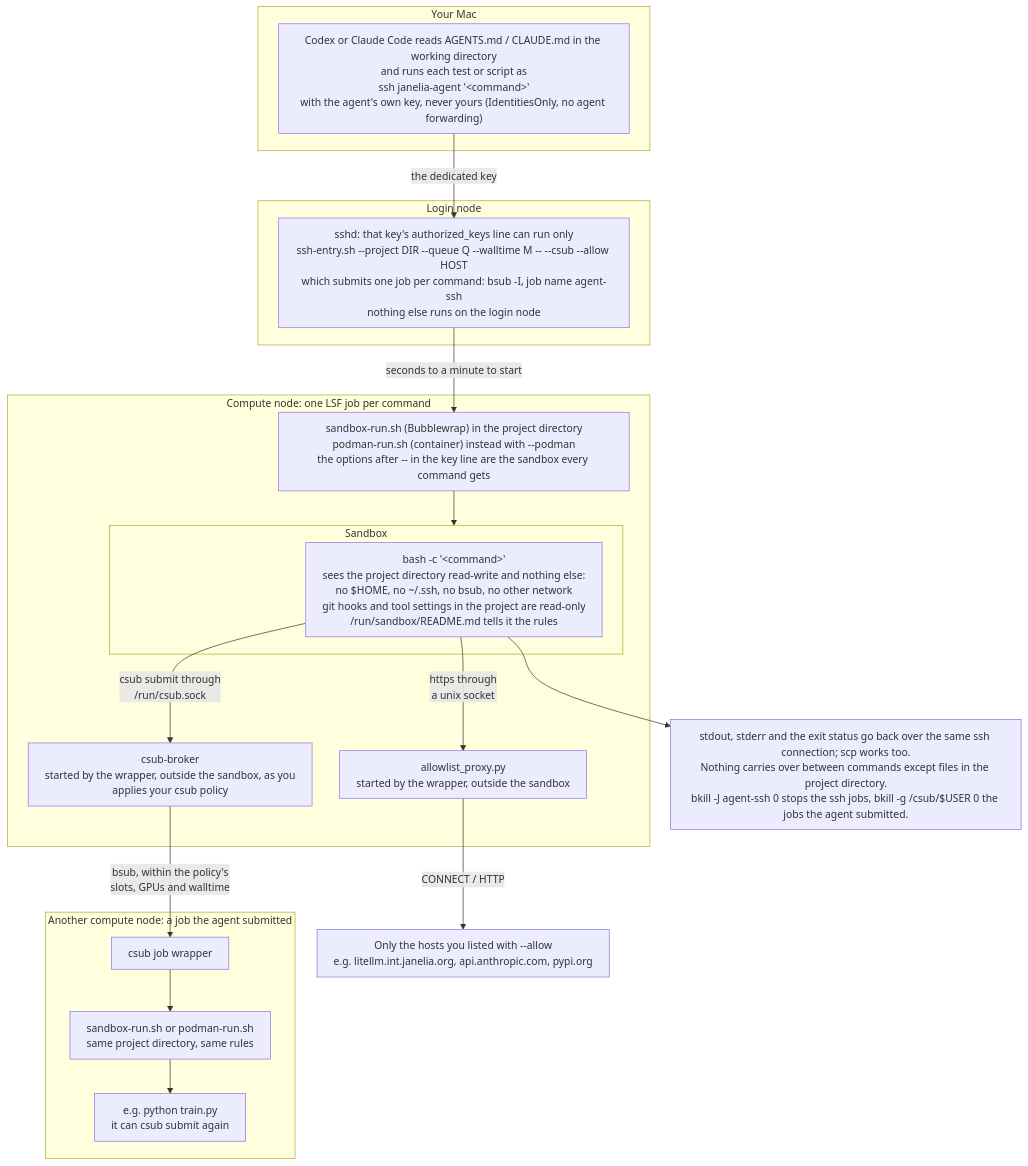
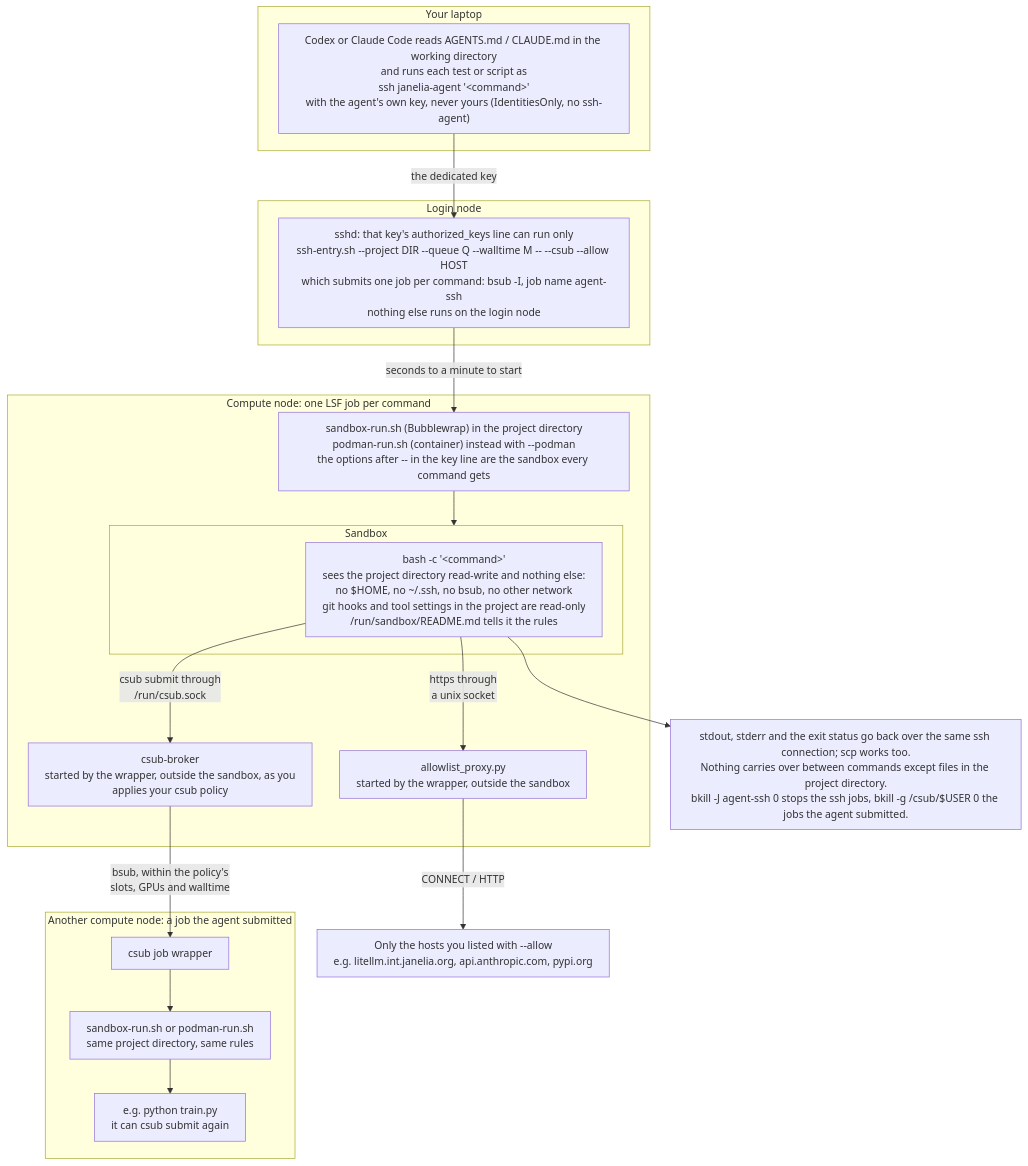
One commit to JaneliaScientificComputingSystems/agentic-sandbox changed the second of 2 diagrams in README.md. Above: the diagram before and after it, drawn with Mermaid. The commit also changed other lines of this file and 11 other files, not shown here.

````diff
--- a/README.md
+++ b/README.md
@@ -329,40 +328,40 @@
 ```mermaid
 %%{init: {"flowchart": {"wrappingWidth": 460, "htmlLabels": true, "padding": 12, "nodeSpacing": 40, "rankSpacing": 50}, "themeVariables": {"fontSize": "15px"}}}%%
 flowchart TB
-    subgraph mac["Your Mac"]
-        harness["Codex or Claude Code reads AGENTS.md / CLAUDE.md in the working directory<br/>and runs each test or script as<br/>ssh janelia-agent '&lt;command&gt;'<br/>with the agent's own key, never yours (IdentitiesOnly, no agent forwarding)"]
+    subgraph mac["Your laptop"]
+        harness["Codex or Claude Code reads AGENTS.md / CLAUDE.md in the working directory<br/>and runs each test or script as<br/>ssh janelia-agent '&lt;command&gt;'<br/>with the agent's own key, never yours (IdentitiesOnly, no ssh-agent)"]
     end
 
     subgraph login["Login node"]
         sshd["sshd: that key's authorized_keys line can run only<br/>ssh-entry.sh --project DIR --queue Q --walltime M -- --csub --allow HOST<br/>which submits one job per command: bsub -I, job name agent-ssh<br/>nothing else runs on the login node"]
     end
 
     subgraph node["Compute node: one LSF job per command"]
         wrapper["sandbox-run.sh (Bubblewrap) in the project directory<br/>podman-run.sh (container) instead with --podman<br/>the options after -- in the key line are the sandbox every command gets"]
         subgraph sb["Sandbox"]
             cmd["bash -c '&lt;command&gt;'<br/>sees the project directory read-write and nothing else:<br/>no $HOME, no ~/.ssh, no bsub, no other network<br/>git hooks and tool settings in the project are read-only<br/>/run/sandbox/README.md tells it the rules"]
         end
         proxy["allowlist_proxy.py<br/>started by the wrapper, outside the sandbox"]
         broker["csub-broker<br/>started by the wrapper, outside the sandbox, as you<br/>applies your csub policy"]
         wrapper --> sb
         cmd -->|"https through<br/>a unix socket"| proxy
         cmd -->|"csub submit through<br/>/run/csub.sock"| broker
     end
 
     hosts["Only the hosts you listed with --allow<br/>e.g. litellm.int.janelia.org, api.anthropic.com, pypi.org"]
 
     subgraph child["Another compute node: a job the agent submitted"]
         cw["csub job wrapper"]
         cs["sandbox-run.sh or podman-run.sh<br/>same project directory, same rules"]
         job["e.g. python train.py<br/>it can csub submit again"]
         cw --> cs --> job
     end
 
     back["stdout, stderr and the exit status go back over the same ssh connection; scp works too.<br/>Nothing carries over between commands except files in the project directory.<br/>bkill -J agent-ssh 0 stops the ssh jobs, bkill -g /csub/$USER 0 the jobs the agent submitted."]
 
     harness -->|"the dedicated key"| sshd
     sshd -->|"seconds to a minute to start"| wrapper
     proxy -->|"CONNECT / HTTP"| hosts
     broker -->|"bsub, within the policy's<br/>slots, GPUs and walltime"| cw
     cmd --> back
 ```
````
